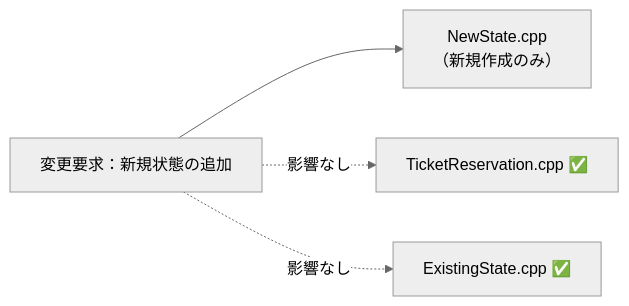
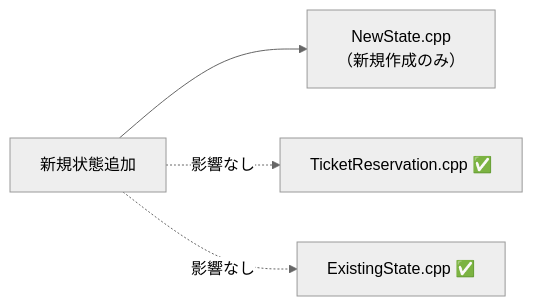
One commit to kumachan1101-pixel/DesignPattern changed the ninth of 11 diagrams in kindle/design-patterns/output/chapter03.md. Above: the diagram before and after it, drawn with Mermaid (neutral theme). The commit also changed other lines of this file and 12 other files, not shown here.

````diff
--- a/kindle/design-patterns/output/chapter03.md
+++ b/kindle/design-patterns/output/chapter03.md
@@ -1263,7 +1280,7 @@
 ```mermaid
 graph LR
-    T1["変更要求：新規状態の追加"] --> F1["NewState.cpp<br>（新規作成のみ）"]
+    T1["新規状態追加"] --> F1["NewState.cpp<br>（新規作成のみ）"]
     T1 -. "影響なし" .-> A["TicketReservation.cpp ✅"]
     T1 -. "影響なし" .-> B["ExistingState.cpp ✅"]
 
 ```
````
